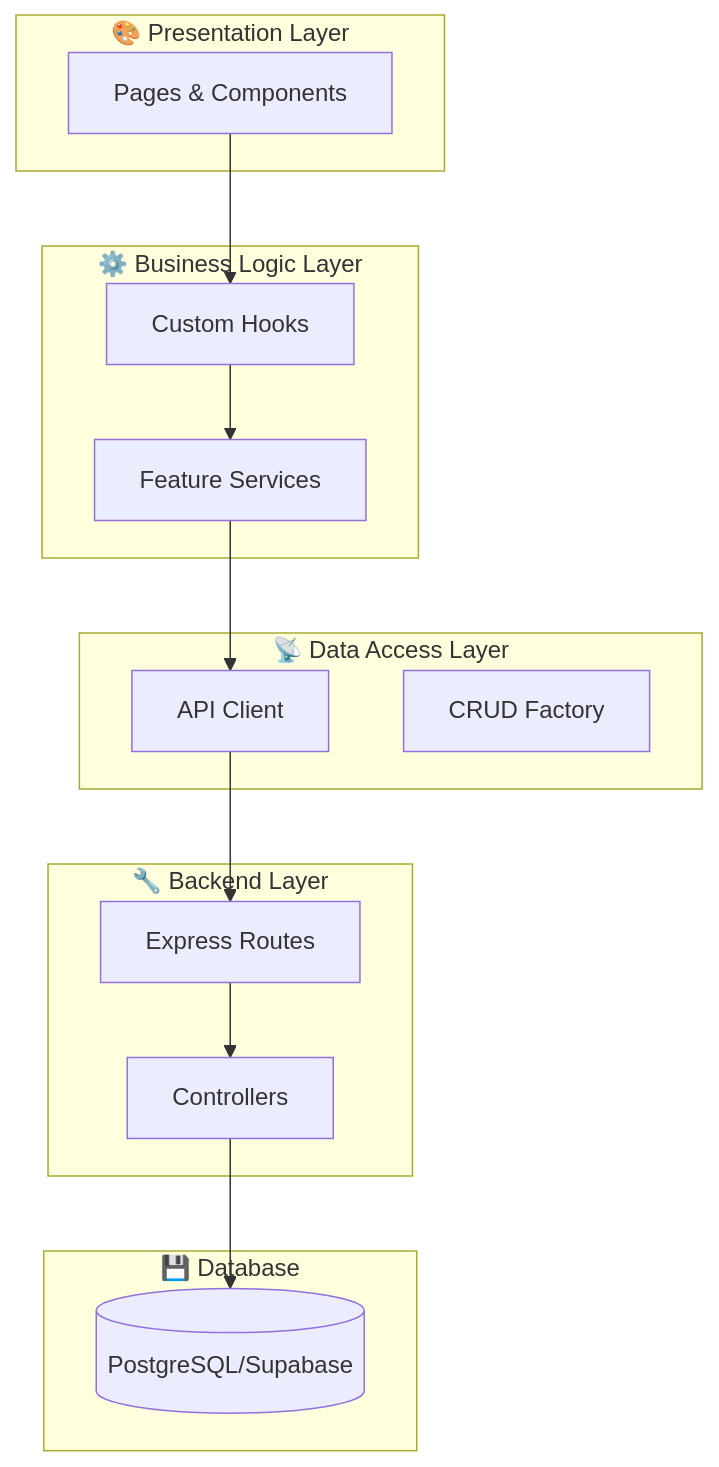
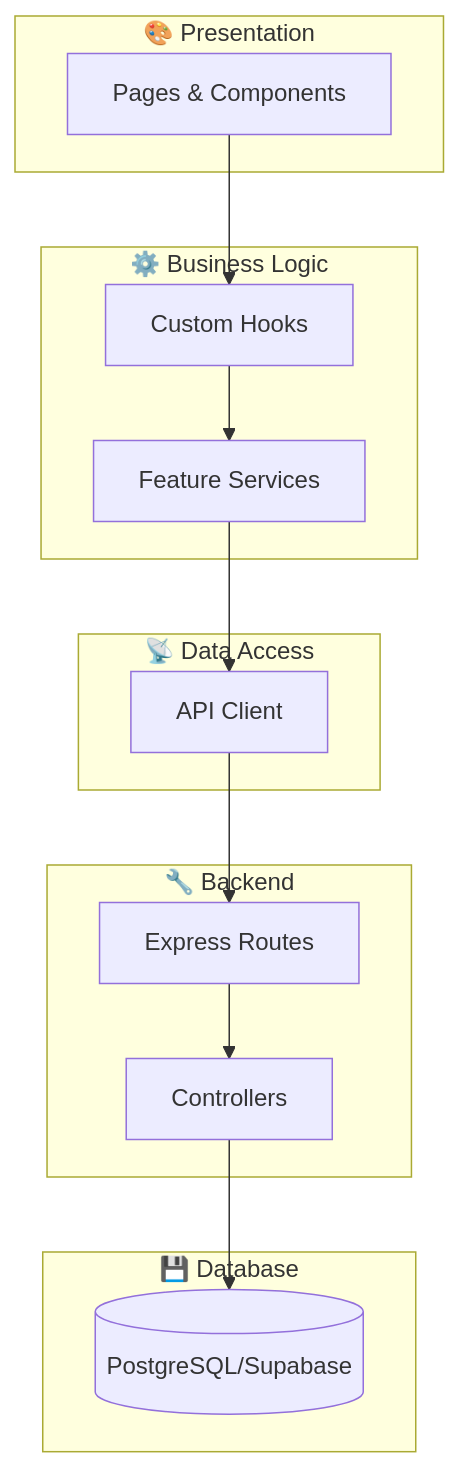
The diagram in README.md (Antony-Figueroa/UNEFA_DASHBOARD), drawn with Mermaid before and after one commit. The commit also changed other lines of this file and 7 other files, not shown here.

````diff
--- a/README.md
+++ b/README.md
@@ -161,32 +171,21 @@
 ```mermaid
 graph TB
-    subgraph "🎨 Presentation Layer"
+    subgraph "🎨 Presentation"
         A[Pages & Components]
     end
-    
-    subgraph "⚙️ Business Logic Layer"
+    subgraph "⚙️ Business Logic"
         B[Custom Hooks]
         C[Feature Services]
     end
-    
-    subgraph "📡 Data Access Layer"
+    subgraph "📡 Data Access"
         D[API Client]
-        E[CRUD Factory]
     end
-    
-    subgraph "🔧 Backend Layer"
-        F[Express Routes]
-        G[Controllers]
+    subgraph "🔧 Backend"
+        E[Express Routes]
+        F[Controllers]
     end
-    
     subgraph "💾 Database"
-        H[(PostgreSQL/Supabase)]
+        G[(PostgreSQL/Supabase)]
     end
-    
-    A --> B
-    B --> C
-    C --> D
-    D --> F
-    F --> G
-    G --> H
+    A --> B --> C --> D --> E --> F --> G
 ```
````
